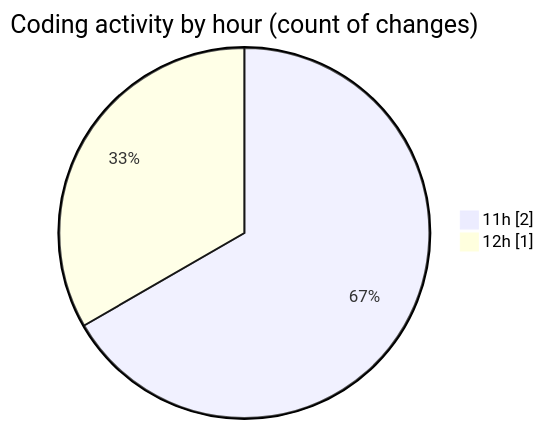
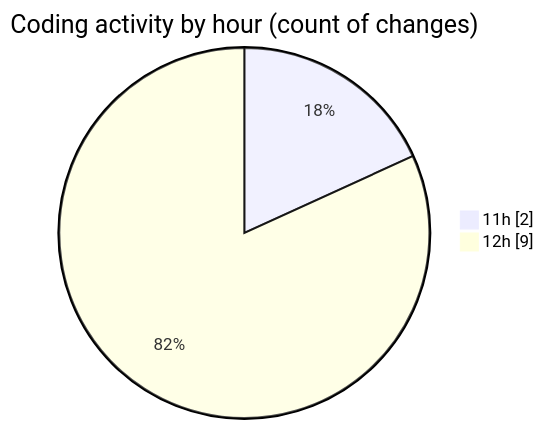
Before and after one commit to momahboobian/code-tracking: the second of 2 diagrams in 2025-04-04/cda/README.md, drawn with Mermaid. The commit also changed other lines of this file and 1 other file, not shown here.

````diff
--- a/2025-04-04/cda/README.md
+++ b/2025-04-04/cda/README.md
@@ -29,6 +31,6 @@
 ```mermaid
 pie showData
 title Coding activity by hour (count of changes)
 "11h" : 2
-"12h" : 1
+"12h" : 9
 ```
````
